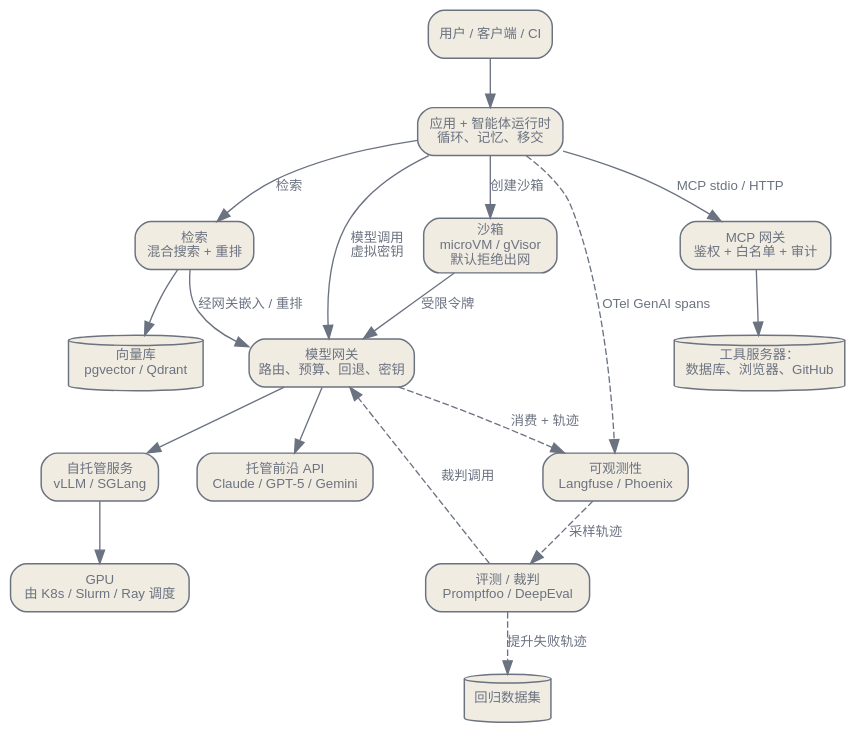
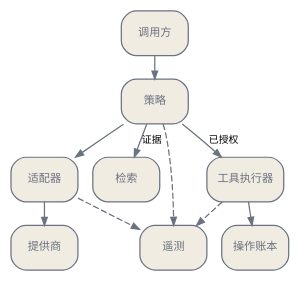
Before and after one commit to latere-ai/ai-as-an-infrastructure: the second of 3 diagrams in zh/practice/08-wiring-a-2026-stack.qmd, drawn with Graphviz. The commit also changed other lines of this file and 4 other files, not shown here.

````diff
--- a/zh/practice/08-wiring-a-2026-stack.qmd
+++ b/zh/practice/08-wiring-a-2026-stack.qmd
@@ -62,47 +71,25 @@
 ```{dot}
 //| label: fig-reference-arch
-//| fig-cap: "一套 2026 端到端参考架构。一切需要模型调用的，都路由经过网关（一个地址，各家模型 API 方言由网关翻译）；工具调用路由经过 MCP 网关；每个组件都发出 OpenTelemetry GenAI span。应用、智能体、评测与沙箱持有受限虚拟密钥，绝无原始提供商凭据。算力与编排层，是整套技术栈运行所依赖的基础。"
+//| fig-cap: "一套与厂商无关的集成架构。模型调用从调用方经过策略层和适配器进入提供商；工具提议沿着独立授权路径进入执行器和操作账本；检索与遥测仍是彼此独立的服务。"
 digraph {
-  bgcolor="transparent";
-  rankdir=TB;
-  nodesep=0.4; ranksep=0.5;
-  node [shape=box, style="rounded,filled", fontname="Helvetica", fontsize=10, color="#6b7280", fontcolor="#6b7280", fillcolor="#f1ece1", penwidth=1.1];
-  edge [fontsize=10, fontname="Helvetica", color="#6b7280", fontcolor="#6b7280"];
-
-  user [label="用户 / 客户端 / CI"];
-  app [label="应用 + 智能体运行时\n循环、记忆、移交"];
-  rag [label="检索\n混合搜索 + 重排"];
-  vdb [label="向量库\npgvector / Qdrant", shape=cylinder];
-  mcpgw [label="MCP 网关\n鉴权 + 白名单 + 审计"];
-  tools [label="工具服务器：\n数据库、浏览器、GitHub", shape=cylinder];
-  sbx [label="沙箱\nmicroVM / gVisor\n默认拒绝出网"];
-  gw [label="模型网关\n路由、预算、回退、密钥"];
-  hosted [label="托管前沿 API\nClaude / GPT-5 / Gemini"];
-  serve [label="自托管服务\nvLLM / SGLang"];
-  hw [label="GPU\n由 K8s / Slurm / Ray 调度"];
-  obs [label="可观测性\nLangfuse / Phoenix"];
-  eval [label="评测 / 裁判\nPromptfoo / DeepEval"];
-  ds [label="回归数据集", shape=cylinder];
-
-  user -> app;
-  app -> rag [label="检索"];
-  rag -> vdb;
-  app -> mcpgw [label="MCP stdio / HTTP"];
-  mcpgw -> tools;
-  app -> sbx [label="创建沙箱"];
-
-  app -> gw [label="模型调用\n虚拟密钥"];
-  rag -> gw [label="经网关嵌入 / 重排"];
-  sbx -> gw [label="受限令牌"];
-
-  gw -> hosted;
-  gw -> serve;
-  serve -> hw;
-
-  app -> obs [style=dashed, label="OTel GenAI spans"];
-  gw -> obs [style=dashed, label="消费 + 轨迹"];
-  obs -> eval [style=dashed, label="采样轨迹"];
-  eval -> gw [style=dashed, label="裁判调用"];
-  eval -> ds [style=dashed, label="提升失败轨迹"];
+  bgcolor="transparent"; rankdir=TB; nodesep=0.16; ranksep=0.25; size="3.0,10";
+  node [shape=box, style="rounded,filled", fontname="Helvetica", fontsize=9,
+        color="#6b7280", fontcolor="#6b7280", fillcolor="#f1ece1"];
+  edge [fontname="Helvetica", fontsize=8, color="#6b7280", arrowsize=0.65];
+  caller [label="调用方"];
+  policy [label="策略"];
+  adapter [label="适配器"];
+  provider [label="提供商"];
+  retrieval [label="检索"];
+  executor [label="工具执行器"];
+  ledger [label="操作账本"];
+  telemetry [label="遥测"];
+  caller -> policy -> adapter -> provider;
+  policy -> retrieval [label="证据"];
+  policy -> executor [label="已授权"];
+  executor -> ledger;
+  policy -> telemetry [style=dashed];
+  adapter -> telemetry [style=dashed];
+  executor -> telemetry [style=dashed];
 }
 ```
````
